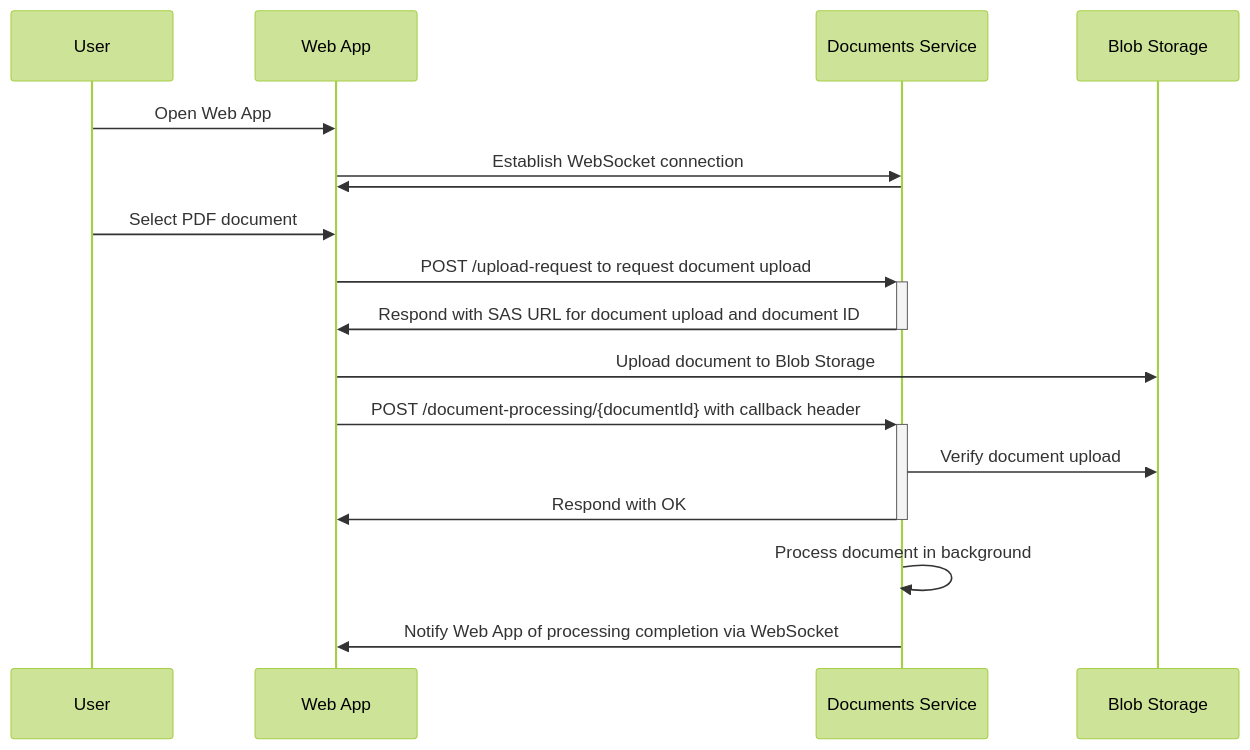
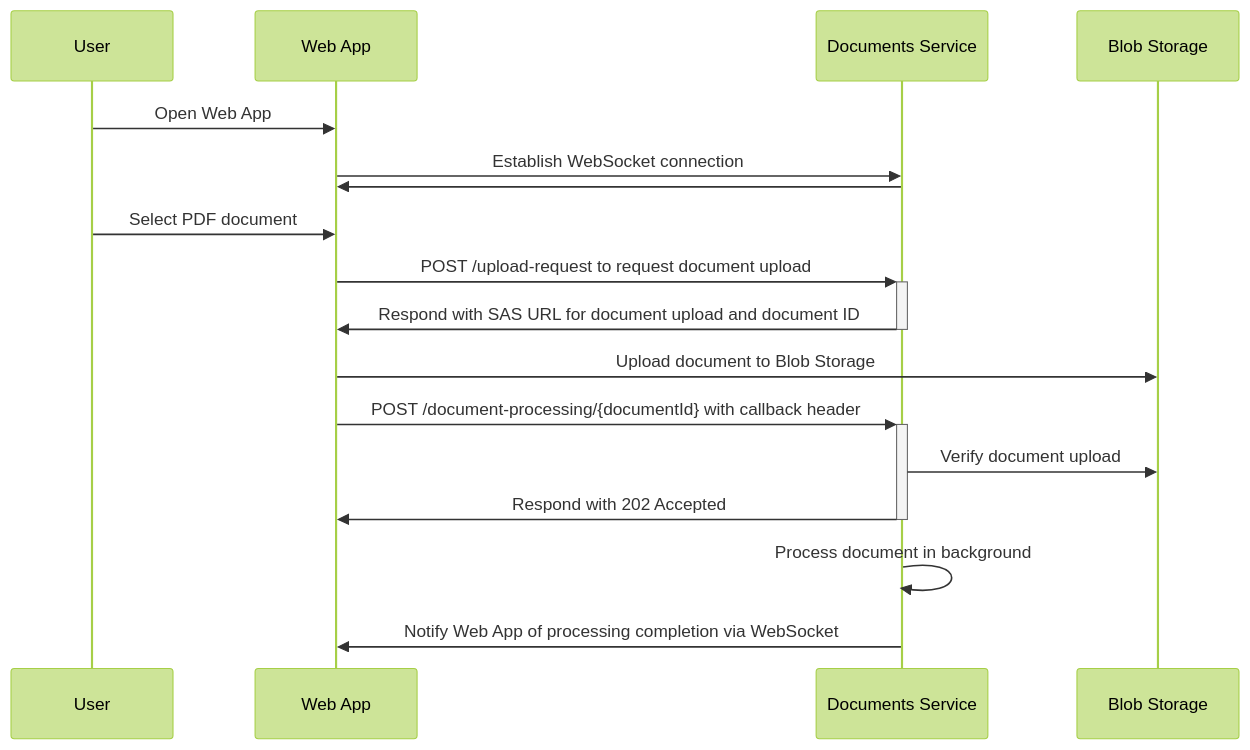
Before and after one commit to gianvitodifilippo/DTasks: the diagram in samples/DocumentProcessing/README.md, drawn with Mermaid (forest theme). The commit also changed 1 other file, not shown here.

Commit message:
Fix README in samples (#53)

````diff
--- a/samples/DocumentProcessing/README.md
+++ b/samples/DocumentProcessing/README.md
@@ -17,24 +17,24 @@
 ```mermaid
 sequenceDiagram
     participant User as User
     participant WebApp as Web App
     participant Documents as Documents Service
     participant BlobStorage as Blob Storage
 
     User->>WebApp: Open Web App
     WebApp->>Documents: Establish WebSocket connection
     Documents->>WebApp: 
 
     User->>WebApp: Select PDF document
     WebApp->>+Documents: POST /upload-request to request document upload
     Documents->>-WebApp: Respond with SAS URL for document upload and document ID
 
     WebApp->>BlobStorage: Upload document to Blob Storage
 
     WebApp->>+Documents: POST /document-processing/{documentId} with callback header
     Documents->>BlobStorage: Verify document upload
-    Documents->>-WebApp: Respond with OK
+    Documents->>-WebApp: Respond with 202 Accepted
 
     Documents->>Documents: Process document in background
     Documents->>WebApp: Notify Web App of processing completion via WebSocket
 ```
````
